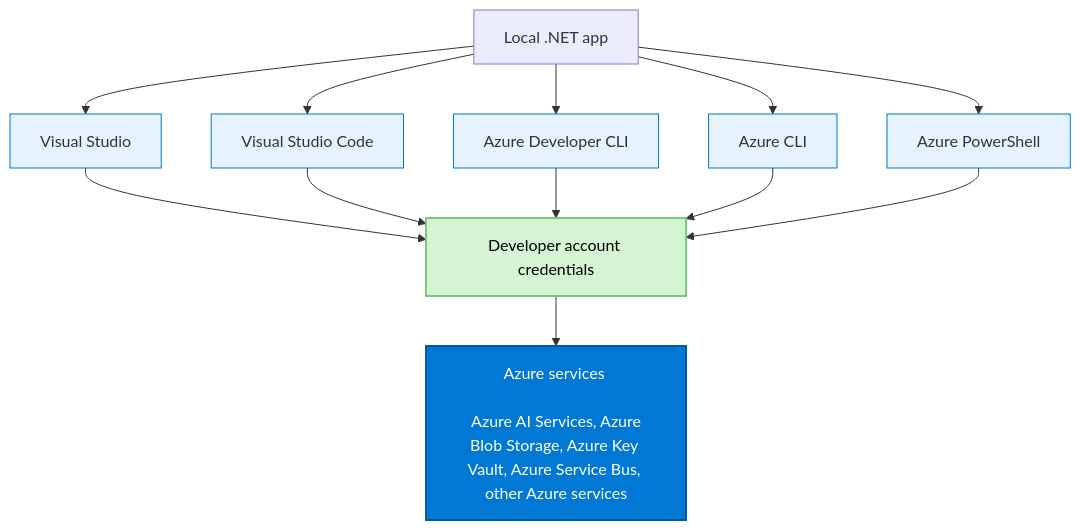
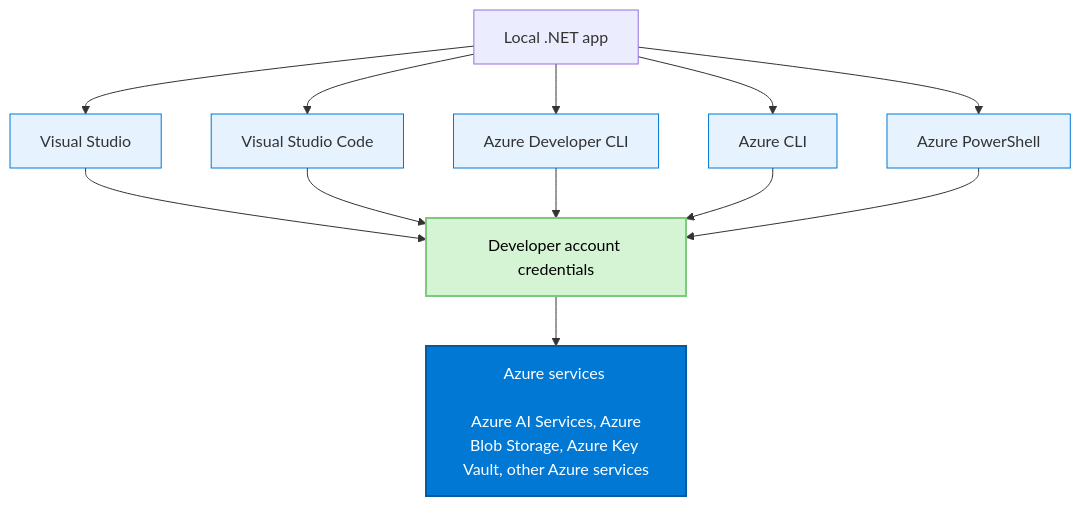
The diagram in docs/azure/sdk/media/mermaidjs/local-authentication.md (dotnet/docs), drawn with Mermaid before and after one commit. The commit also changed 1 other file, not shown here.

Commit message:
trim image

````diff
--- a/docs/azure/sdk/media/mermaidjs/local-authentication.md
+++ b/docs/azure/sdk/media/mermaidjs/local-authentication.md
@@ -6,38 +6,38 @@
 ```mermaid
 flowchart TD
     ARL[Local .NET app]
     
     VS[Visual Studio]
     VSC[Visual Studio Code]
     AZCLI[Azure CLI]
     AZPS[Azure PowerShell]
     AZD[Azure Developer CLI]
 
     DevAccount["Developer account credentials"]
 
-    AS["Azure services <br/><br/> Azure AI Services, Azure Blob Storage, Azure Key Vault, Azure Service Bus, other Azure services"]
+    AS["Azure services <br/><br/> Azure AI Services, Azure Blob Storage, Azure Key Vault, other Azure services"]
     
     ARL --> VS
     ARL --> VSC
     ARL --> AZD
     ARL --> AZCLI
     ARL --> AZPS
     
     VS --> DevAccount
     VSC --> DevAccount
     AZD --> DevAccount
     AZCLI --> DevAccount
     AZPS --> DevAccount
 
     DevAccount --> AS
     
     classDef highlight fill:#0078d4,stroke:#005ba1,stroke-width:2px,color:#fff,font-size:16px
     classDef tools fill:#e6f3ff,stroke:#0078d4,stroke-width:1px,font-size:16px
     classDef default font-size:16px
     classDef lightgreen fill:#D4F4D4,stroke:#7BC97B,stroke-width:2px,color:#000,font-size:16px
     
     class AS highlight
     class VS,VSC,AZD,AZCLI,AZPS tools
     class LA,ARL default
     class DevAccount lightgreen
 ```
````
